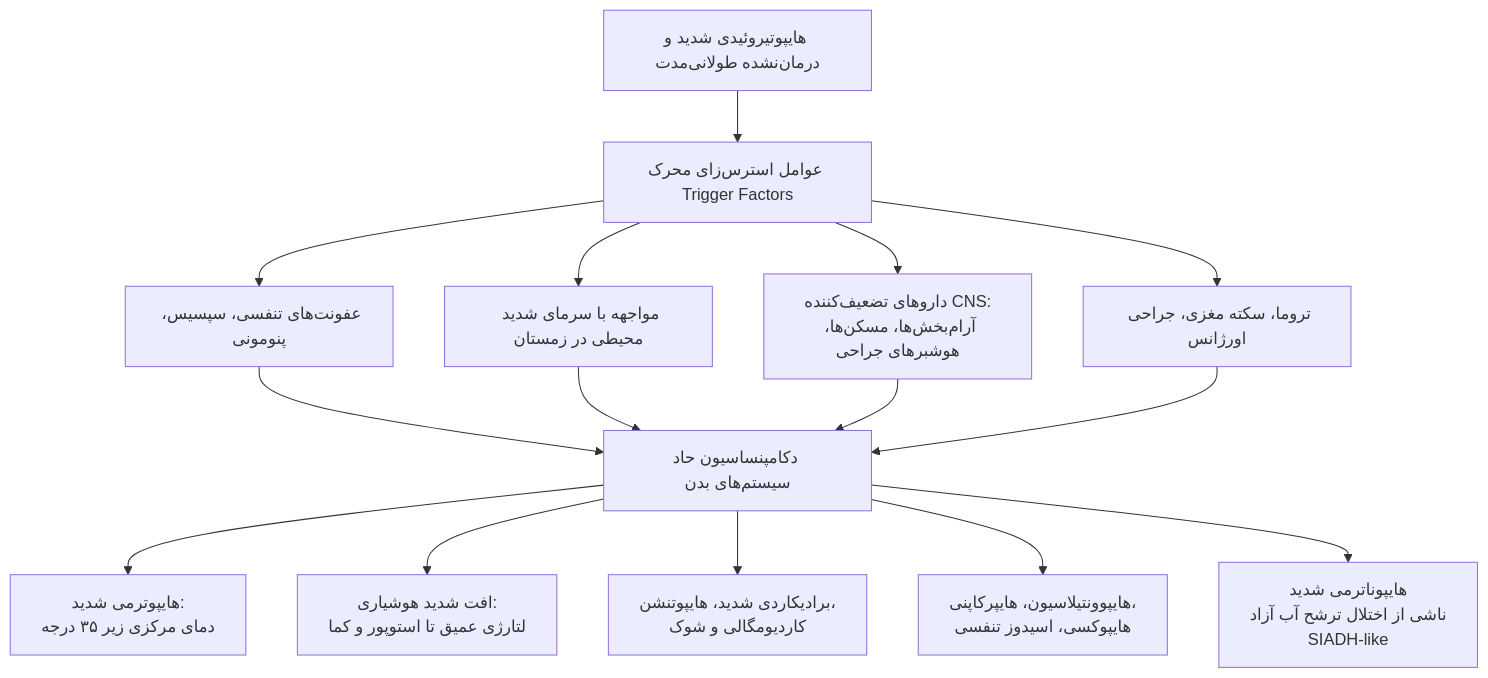
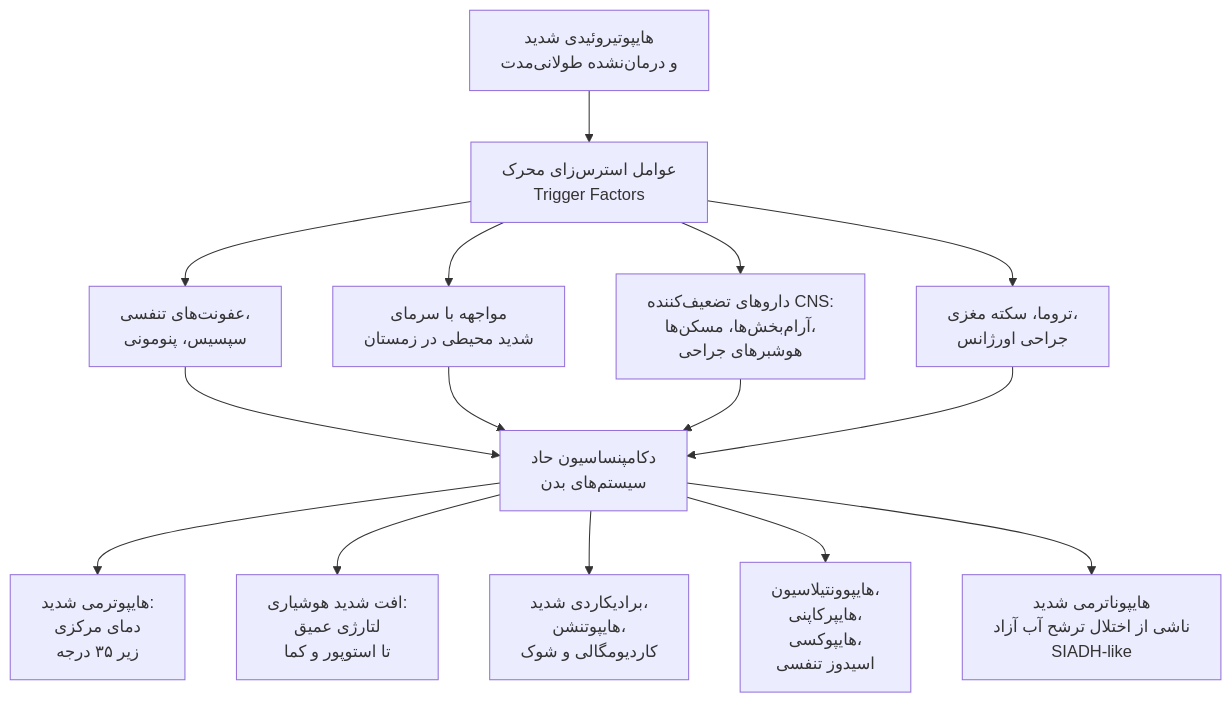
One commit to neopulse-hub/TUMS-1402-1-neo changed the fourth of 6 diagrams in 07/مبانی غدد/کم‌کاری تیروئید.md. Above: the diagram before and after it, drawn with Mermaid. The commit also changed other lines of this file, not shown here.

````diff
--- a/07/مبانی غدد/کم‌کاری تیروئید.md
+++ b/07/مبانی غدد/کم‌کاری تیروئید.md
@@ -182,17 +182,17 @@
 ```mermaid
 flowchart TD
-    LowThyroid[هایپوتیروئیدی شدید و درمان‌نشده طولانی‌مدت] --> Triggers[عوامل استرس‌زای محرک Trigger Factors]
-    
-    Triggers --> Inf[عفونت‌های تنفسی، سپسیس، پنومونی]
-    Triggers --> Cold[مواجهه با سرمای شدید محیطی در زمستان]
-    Triggers --> Drugs[داروهای تضعیف‌کننده CNS:<br>آرام‌بخش‌ها، مسکن‌ها، هوشبرهای جراحی]
-    Triggers --> Trauma[تروما، سکته مغزی، جراحی اورژانس]
-    
-    Inf & Cold & Drugs & Trauma --> Decomp[دکامپنساسیون حاد سیستم‌های بدن]
-    
-    Decomp --> Hypotherm[هایپوترمی شدید:<br>دمای مرکزی زیر ۳۵ درجه]
-    Decomp --> AlterMental[افت شدید هوشیاری:<br>لتارژی عمیق تا استوپور و کما]
-    Decomp --> CardioFail[برادیکاردی شدید، هایپوتنشن،<br>کاردیومگالی و شوک]
-    Decomp --> RespDepress[هایپوونتیلاسیون، هایپرکاپنی،<br>هایپوکسی، اسیدوز تنفسی]
-    Decomp --> Hyponatremia[هایپوناترمی شدید<br>ناشی از اختلال ترشح آب آزاد<br>SIADH-like]
+
+LowThyroid[هایپوتیروئیدی شدید<br>و درمان‌نشده طولانی‌مدت] --> Triggers[عوامل استرس‌زای محرک<br>Trigger Factors]
+Triggers --> Inf[عفونت‌های تنفسی،<br>سپسیس، پنومونی]
+Triggers --> Cold[مواجهه با سرمای<br>شدید محیطی در زمستان]
+Triggers --> Drugs[داروهای تضعیف‌کننده CNS:<br>آرام‌بخش‌ها، مسکن‌ها،<br>هوشبرهای جراحی]
+Triggers --> Trauma[تروما، سکته مغزی،<br>جراحی اورژانس]
+
+Inf & Cold & Drugs & Trauma --> Decomp[دکامپنساسیون حاد<br>سیستم‌های بدن]
+
+Decomp --> Hypotherm[هایپوترمی شدید:<br>دمای مرکزی<br>زیر ۳۵ درجه]
+Decomp --> AlterMental[افت شدید هوشیاری:<br>لتارژی عمیق<br>تا استوپور و کما]
+Decomp --> CardioFail[برادیکاردی شدید،<br>هایپوتنشن،<br>کاردیومگالی و شوک]
+Decomp --> RespDepress[هایپوونتیلاسیون،<br>هایپرکاپنی،<br>هایپوکسی،<br>اسیدوز تنفسی]
+Decomp --> Hyponatremia[هایپوناترمی شدید<br>ناشی از اختلال ترشح آب آزاد<br>SIADH-like]
 ```
````
